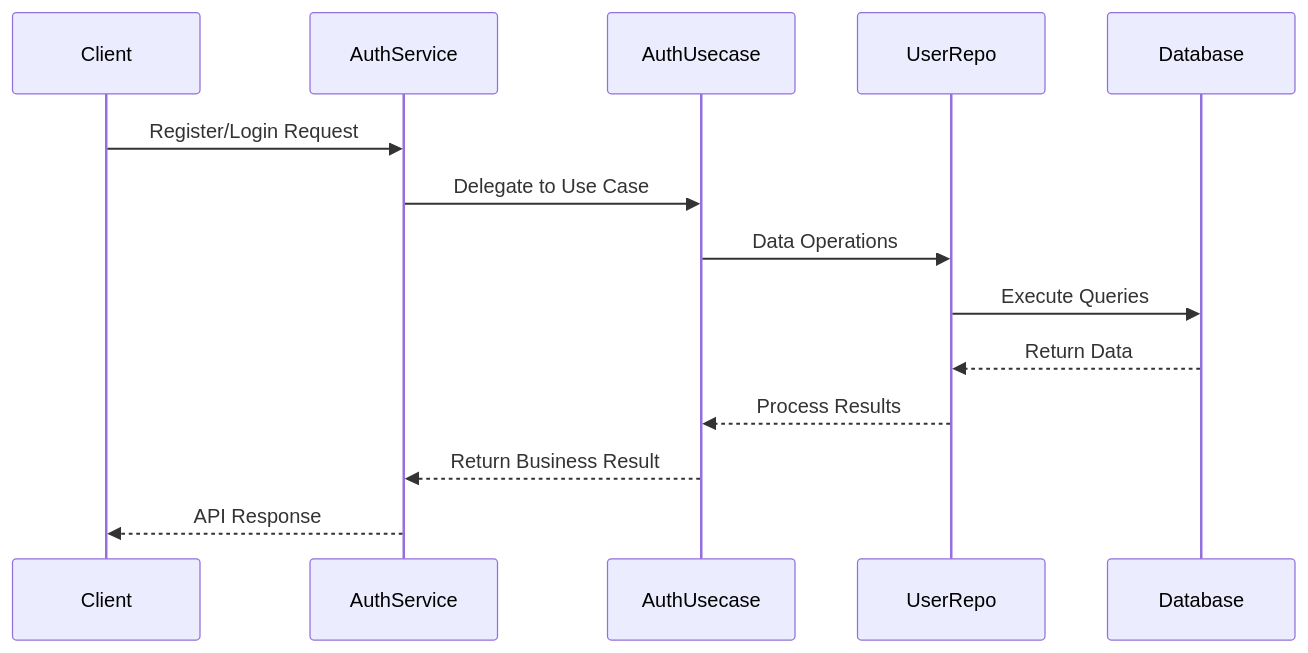
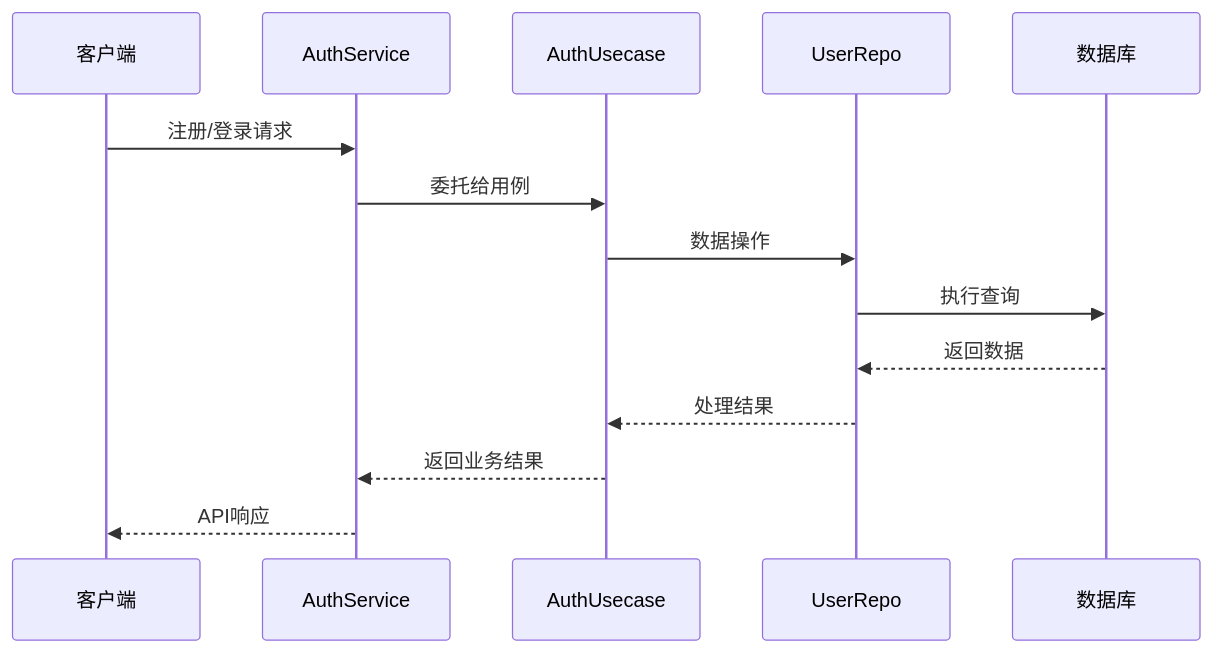
Before and after one commit to 26huitailang/kratos-boilerplate: the second of 7 diagrams in .qoder/repowiki/zh/content/Backend Services/Authentication Service.md, drawn with Mermaid. The commit also changed other lines of this file and 31 other files, not shown here.

````diff
--- a/.qoder/repowiki/zh/content/Backend Services/Authentication Service.md
+++ b/.qoder/repowiki/zh/content/Backend Services/Authentication Service.md
@@ -79,16 +87,16 @@
 ```mermaid
 sequenceDiagram
-participant Client
+participant 客户端
 participant AuthService
 participant AuthUsecase
 participant UserRepo
-participant Database
-Client->>AuthService : Register/Login Request
-AuthService->>AuthUsecase : Delegate to Use Case
-AuthUsecase->>UserRepo : Data Operations
-UserRepo->>Database : Execute Queries
-Database-->>UserRepo : Return Data
-UserRepo-->>AuthUsecase : Process Results
-AuthUsecase-->>AuthService : Return Business Result
-AuthService-->>Client : API Response
+participant 数据库
+客户端->>AuthService : 注册/登录请求
+AuthService->>AuthUsecase : 委托给用例
+AuthUsecase->>UserRepo : 数据操作
+UserRepo->>数据库 : 执行查询
+数据库-->>UserRepo : 返回数据
+UserRepo-->>AuthUsecase : 处理结果
+AuthUsecase-->>AuthService : 返回业务结果
+AuthService-->>客户端 : API响应
 ```
````
